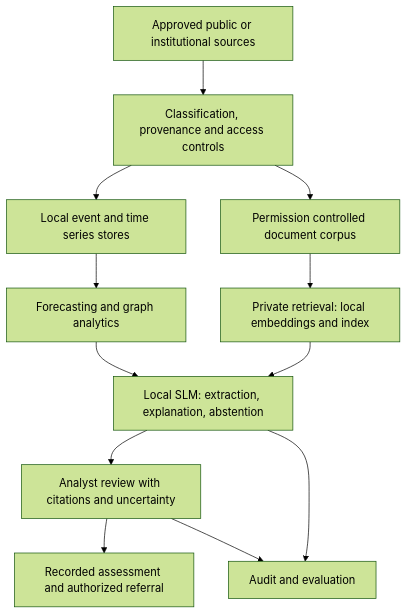
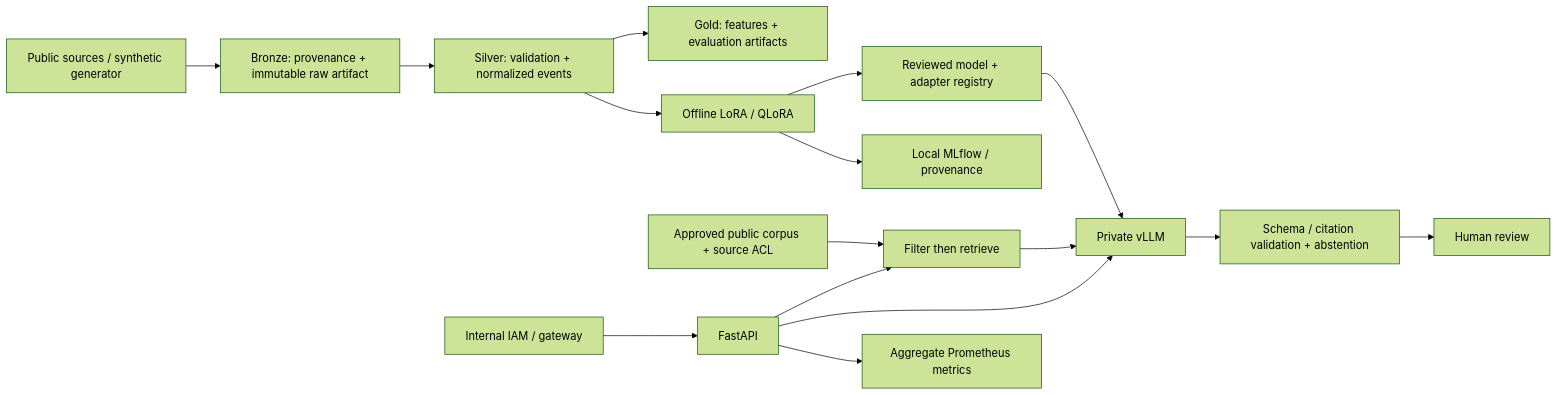
The diagram in docs/architecture.md (anacamilabernardes/portshield-ai), drawn with Mermaid (forest theme) before and after one commit. The commit also changed other lines of this file and 90 other files, not shown here.

First line of the commit message:
Complete PortShield AI public and synthetic research repository

````diff
--- a/docs/architecture.md
+++ b/docs/architecture.md
@@ -5,14 +6,18 @@
 ```mermaid
-flowchart TD
-    A[Approved public or institutional sources] --> B[Classification, provenance and access controls]
-    B --> C[Local event and time series stores]
-    B --> D[Permission controlled document corpus]
-    D --> E[Private retrieval: local embeddings and index]
-    C --> F[Forecasting and graph analytics]
-    E --> G[Local SLM: extraction, explanation, abstention]
-    F --> G
-    G --> H[Analyst review with citations and uncertainty]
-    H --> I[Recorded assessment and authorized referral]
-    G --> J[Audit and evaluation]
-    H --> J
+flowchart LR
+  A[Public sources / synthetic generator] --> B[Bronze: provenance + immutable raw artifact]
+  B --> C[Silver: validation + normalized events]
+  C --> D[Gold: features + evaluation artifacts]
+  C --> T[Offline LoRA / QLoRA]
+  T --> M[Reviewed model + adapter registry]
+  M --> V[Private vLLM]
+  K[Approved public corpus + source ACL] --> R[Filter then retrieve]
+  I[Internal IAM / gateway] --> F[FastAPI]
+  F --> R
+  R --> V
+  F --> V
+  V --> S[Schema / citation validation + abstention]
+  S --> H[Human review]
+  F --> O[Aggregate Prometheus metrics]
+  T --> L[Local MLflow / provenance]
 ```
````
